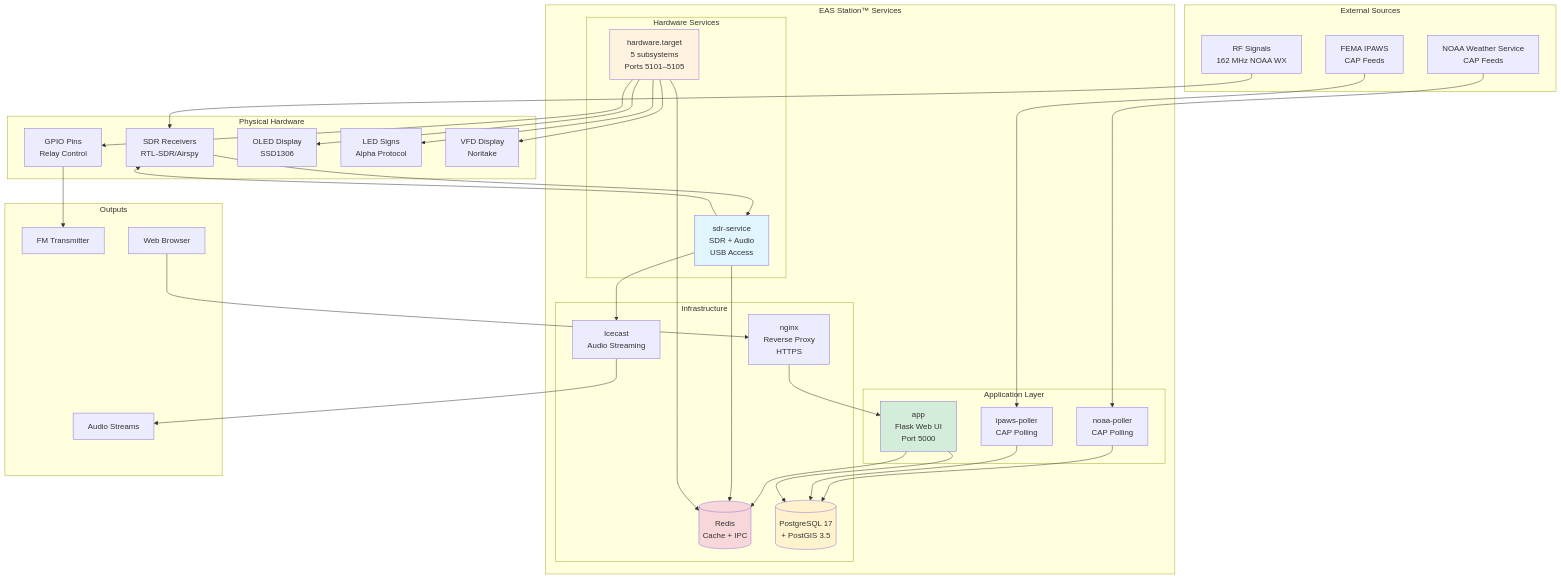
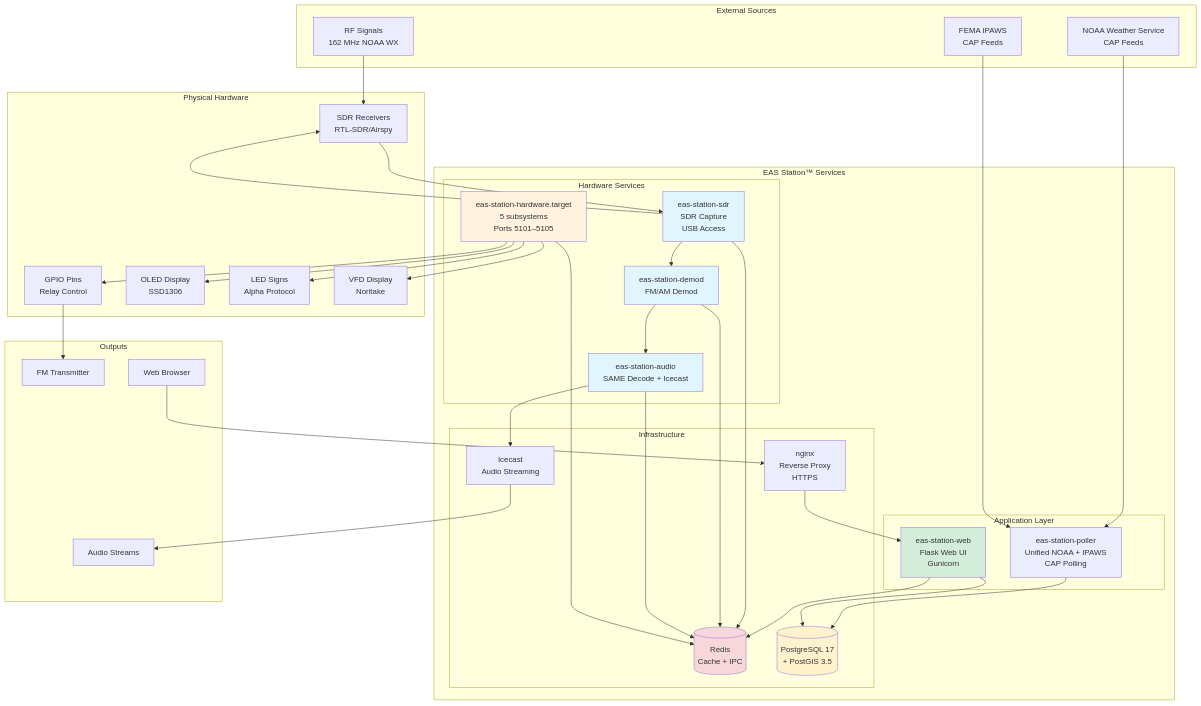
Before and after one commit to KR8MER/eas-station: the first of 21 diagrams in docs/architecture/SYSTEM_ARCHITECTURE.md, drawn with Mermaid. The commit also changed other lines of this file and 43 other files, not shown here.

````diff
--- a/docs/architecture/SYSTEM_ARCHITECTURE.md
+++ b/docs/architecture/SYSTEM_ARCHITECTURE.md
@@ -36,71 +36,76 @@
 ```mermaid
 graph TB
     subgraph "External Sources"
         NOAA[NOAA Weather Service<br>CAP Feeds]
         IPAWS[FEMA IPAWS<br>CAP Feeds]
         RF[RF Signals<br>162 MHz NOAA WX]
     end
 
     subgraph "EAS Station™ Services"
         subgraph "Application Layer"
-            APP[app<br>Flask Web UI<br>Port 5000]
-            NOAA_POLL[noaa-poller<br>CAP Polling]
-            IPAWS_POLL[ipaws-poller<br>CAP Polling]
+            APP[eas-station-web<br>Flask Web UI<br>Gunicorn]
+            POLLER[eas-station-poller<br>Unified NOAA + IPAWS<br>CAP Polling]
         end
 
         subgraph "Hardware Services"
-            SDR_SVC[sdr-service<br>SDR + Audio<br>USB Access]
-            HW_SVC[hardware.target<br>5 subsystems<br>Ports 5101–5105]
+            SDR_SVC[eas-station-sdr<br>SDR Capture<br>USB Access]
+            DEMOD_SVC[eas-station-demod<br>FM/AM Demod]
+            AUDIO_SVC[eas-station-audio<br>SAME Decode + Icecast]
+            HW_SVC[eas-station-hardware.target<br>5 subsystems<br>Ports 5101–5105]
         end
 
         subgraph "Infrastructure"
             REDIS[(Redis<br>Cache + IPC)]
             DB[(PostgreSQL 17<br>+ PostGIS 3.5)]
             ICECAST[Icecast<br>Audio Streaming]
             NGINX[nginx<br>Reverse Proxy<br>HTTPS]
         end
     end
 
     subgraph "Physical Hardware"
         SDR_DEV[SDR Receivers<br>RTL-SDR/Airspy]
         GPIO[GPIO Pins<br>Relay Control]
         OLED[OLED Display<br>SSD1306]
         LED[LED Signs<br>Alpha Protocol]
         VFD[VFD Display<br>Noritake]
     end
 
     subgraph "Outputs"
         TX[FM Transmitter]
         BROWSER[Web Browser]
         STREAM[Audio Streams]
     end
 
     %% Data flows
-    NOAA --> NOAA_POLL
-    IPAWS --> IPAWS_POLL
-    NOAA_POLL --> DB
-    IPAWS_POLL --> DB
+    NOAA --> POLLER
+    IPAWS --> POLLER
+    POLLER --> DB
     RF --> SDR_DEV --> SDR_SVC
-    
+
     APP --> DB
     APP --> REDIS
     SDR_SVC --> REDIS
-    SDR_SVC --> ICECAST
+    SDR_SVC --> DEMOD_SVC --> REDIS
+    DEMOD_SVC --> AUDIO_SVC
+    AUDIO_SVC --> REDIS
+    AUDIO_SVC --> ICECAST
     HW_SVC --> REDIS
-    
+
     SDR_SVC --> SDR_DEV
     HW_SVC --> GPIO --> TX
     HW_SVC --> OLED
     HW_SVC --> LED
     HW_SVC --> VFD
-    
+
     NGINX --> APP
     BROWSER --> NGINX
     ICECAST --> STREAM
 
     style APP fill:#d4edda
     style SDR_SVC fill:#e1f5ff
+    style DEMOD_SVC fill:#e1f5ff
+    style AUDIO_SVC fill:#e1f5ff
     style HW_SVC fill:#fff3e0
     style DB fill:#fff3cd
     style REDIS fill:#f8d7da
 ```
````
